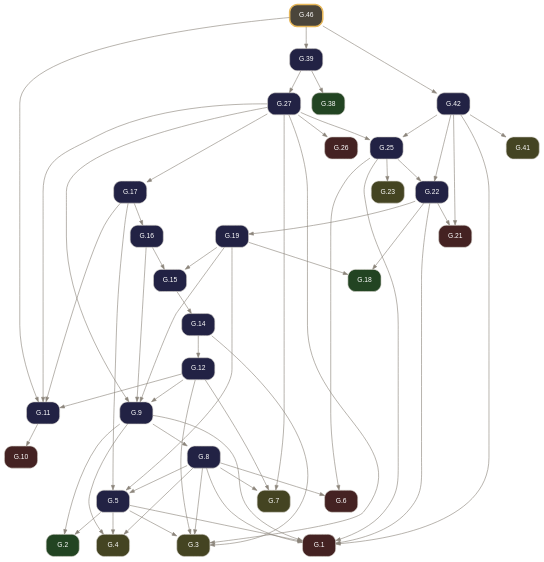
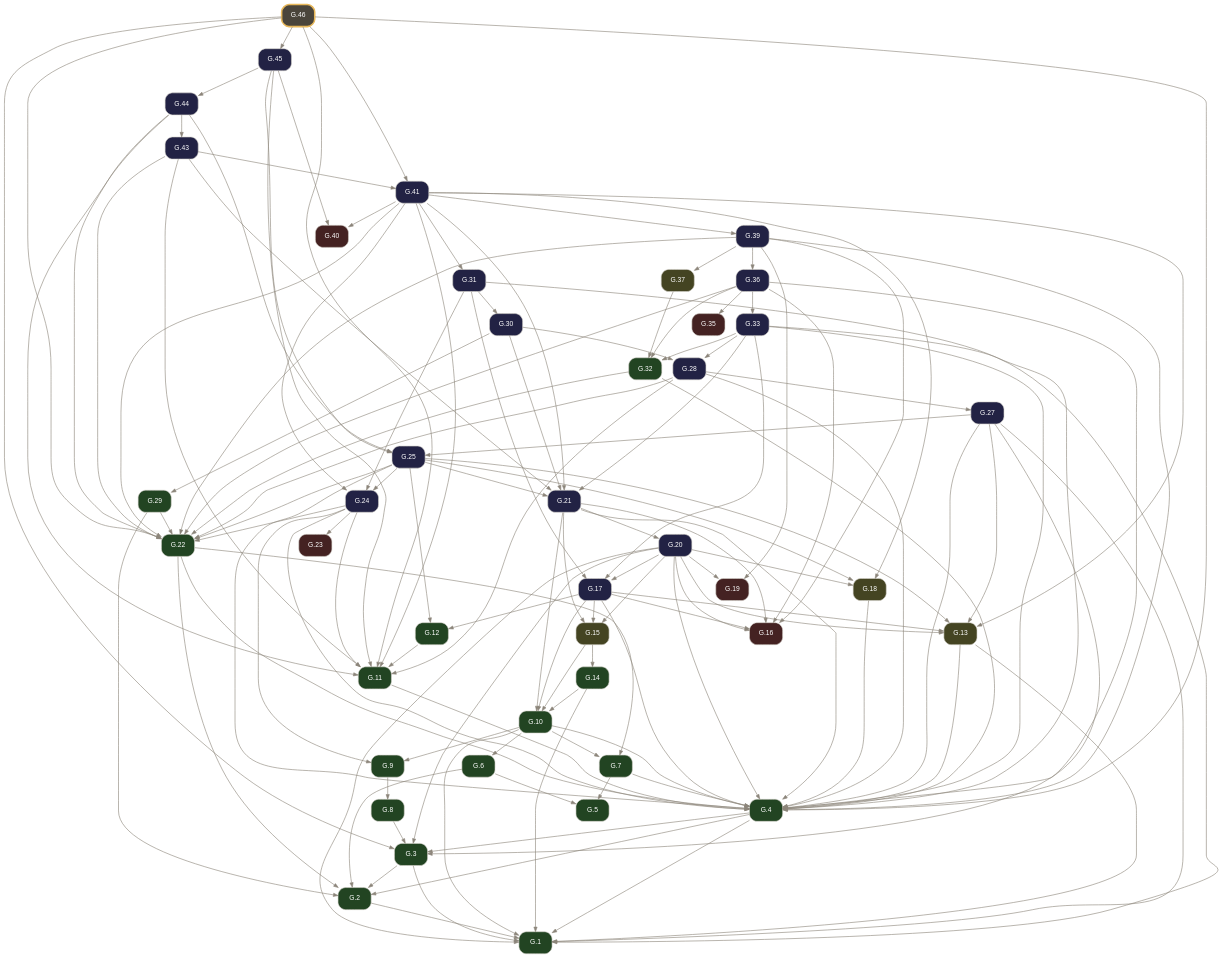
Before and after one commit to geometor/elements: the diagram in docsrc/elements2/G.46/index.rst, drawn with Graphviz. The commit also changed other lines of this file and 2974 other files, not shown here.

Commit message:
feat(elements2): wire defined terms, short verb titles, coincidence operator, and 2-point circle notation (v0.4.0)

```diff
--- a/docsrc/elements2/G.46/index.rst
+++ b/docsrc/elements2/G.46/index.rst
@@ -91,89 +115,173 @@
      node [shape=box, style="rounded,filled", fontname="Helvetica", fontsize=11, color="#d6d3cd", fontcolor="#ffffff"];
      edge [color="#8c857b", fontcolor="#8c857b", arrowsize=0.75];
      rankdir="TB";
-     "G.1" [label="G.1", tooltip="G.1 (I.cn.1): Things equal to the same thing are equal to one another.", fillcolor="#442222", URL="../G.1/index.html", target="_top"];
-     "G.2" [label="G.2", tooltip="G.2 (I.def.15): A circle is a plane figure contained by one line such that all segments falling upon it from its center are equal.", fillcolor="#224422", URL="../G.2/index.html", target="_top"];
-     "G.3" [label="G.3", tooltip="G.3 (I.post.1): Construct a segment between any two points.", fillcolor="#444422", URL="../G.3/index.html", target="_top"];
-     "G.4" [label="G.4", tooltip="G.4 (I.post.3): Construct a circle with any center and radius.", fillcolor="#444422", URL="../G.4/index.html", target="_top"];
-     "G.5" [label="G.5", tooltip="G.5 (I.1): Construct an equilateral triangle on a given finite segment.", fillcolor="#222244", URL="../G.5/index.html", target="_top"];
-     "G.6" [label="G.6", tooltip="G.6 (I.cn.3): If equals are subtracted from equals, the remainders are equal.", fillcolor="#442222", URL="../G.6/index.html", target="_top"];
-     "G.7" [label="G.7", tooltip="G.7 (I.post.2): Extend a finite segment continuously in a straight line.", fillcolor="#444422", URL="../G.7/index.html", target="_top"];
-     "G.8" [label="G.8", tooltip="G.8 (I.2): Construct at a given point a segment equal to a given segment.", fillcolor="#222244", URL="../G.8/index.html", target="_top"];
-     "G.9" [label="G.9", tooltip="G.9 (I.3): Cut off from the greater of two unequal segments a segment equal to the less.", fillcolor="#222244", URL="../G.9/index.html", target="_top"];
-     "G.10" [label="G.10", tooltip="G.10 (I.cn.4): Things that coincide with one another are equal.", fillcolor="#442222", URL="../G.10/index.html", target="_top"];
-     "G.11" [label="G.11", tooltip="G.11 (I.4): Triangles with two sides and the included angle equal are congruent (SAS).", fillcolor="#222244", URL="../G.11/index.html", target="_top"];
-     "G.12" [label="G.12", tooltip="G.12 (I.5): In an isosceles triangle, the angles at the base are equal, and if the equal sides are extended, the angles under the base are equal.", fillcolor="#222244", URL="../G.12/index.html", target="_top"];
-     "G.14" [label="G.14", tooltip="G.14 (I.7): On the same segment and on the same side, there cannot be constructed two distinct triangles with both pairs of conterminous sides equal.", fillcolor="#222244", URL="../G.14/index.html", target="_top"];
-     "G.15" [label="G.15", tooltip="G.15 (I.8): Triangles with all three corresponding sides equal have their corresponding angles equal (SSS).", fillcolor="#222244", URL="../G.15/index.html", target="_top"];
-     "G.16" [label="G.16", tooltip="G.16 (I.9): Bisect a given angle.", fillcolor="#222244", URL="../G.16/index.html", target="_top"];
-     "G.17" [label="G.17", tooltip="G.17 (I.10): Bisect a given finite segment.", fillcolor="#222244", URL="../G.17/index.html", target="_top"];
-     "G.18" [label="G.18", tooltip="G.18 (I.def.10): When a straight line standing on a straight line makes the adjacent angles equal, each of the equal angles is a right angle, and the standing line is perpendicular to that on which...", fillcolor="#224422", URL="../G.18/index.html", target="_top"];
-     "G.19" [label="G.19", tooltip="G.19 (I.11): Construct a line at right angles to a given line from a given point on it.", fillcolor="#222244", URL="../G.19/index.html", target="_top"];
-     "G.21" [label="G.21", tooltip="G.21 (I.cn.2): If equals are added to equals, the wholes are equal.", fillcolor="#442222", URL="../G.21/index.html", target="_top"];
-     "G.22" [label="G.22", tooltip="G.22 (I.13): A ray standing on a line makes either two right angles or adjacent angles summing to two right angles.", fillcolor="#222244", URL="../G.22/index.html", target="_top"];
-     "G.23" [label="G.23", tooltip="G.23 (I.post.4): All right angles are equal.", fillcolor="#444422", URL="../G.23/index.html", target="_top"];
-     "G.25" [label="G.25", tooltip="G.25 (I.15): Intersecting lines make their vertical angles equal.", fillcolor="#222244", URL="../G.25/index.html", target="_top"];
-     "G.26" [label="G.26", tooltip="G.26 (I.cn.5): The whole is greater than the part.", fillcolor="#442222", URL="../G.26/index.html", target="_top"];
-     "G.27" [label="G.27", tooltip="G.27 (I.16): In any triangle, if one side is extended, the exterior angle is greater than either opposite interior angle.", fillcolor="#222244", URL="../G.27/index.html", target="_top"];
-     "G.38" [label="G.38", tooltip="G.38 (I.def.23): Parallel lines are straight lines in the same plane which, produced indefinitely in both directions, do not meet.", fillcolor="#224422", URL="../G.38/index.html", target="_top"];
-     "G.39" [label="G.39", tooltip="G.39 (I.27): If a transversal cutting two lines makes the alternate interior angles equal, the lines are parallel.", fillcolor="#222244", URL="../G.39/index.html", target="_top"];
-     "G.41" [label="G.41", tooltip="G.41 (I.post.5): Two lines intersected by a transversal with interior angles on one side summing to less than two right angles meet on that side.", fillcolor="#444422", URL="../G.41/index.html", target="_top"];
-     "G.42" [label="G.42", tooltip="G.42 (I.29): A transversal cutting parallel lines makes alternate interior angles equal, exterior and opposite interior angles equal, and same-side interior angles supplementary.", fillcolor="#222244", URL="../G.42/index.html", target="_top"];
-     "G.46" [label="G.46", tooltip="G.46 (I.33): Segments joining the endpoints of equal and parallel segments in the same directions are themselves equal and parallel.", penwidth=2.5, color="#e8b85a", fillcolor="#4a453b", URL="index.html", target="_top"];
-     "G.5" -> "G.1";
-     "G.8" -> "G.1";
-     "G.9" -> "G.1";
-     "G.22" -> "G.1";
-     "G.25" -> "G.1";
-     "G.42" -> "G.1";
-     "G.5" -> "G.2";
-     "G.9" -> "G.2";
-     "G.5" -> "G.3";
+     "G.1" [label="G.1", tooltip="G.1 (I.def.1): A point A is that which has no part.", fillcolor="#224422", URL="../G.1/index.html", target="_top"];
+     "G.2" [label="G.2", tooltip="G.2 (I.def.2): A line [ A B ] is a projection of a relationship of two points A, B.", fillcolor="#224422", URL="../G.2/index.html", target="_top"];
+     "G.3" [label="G.3", tooltip="G.3 (I.def.3): The extremities of a segment / A B / are points A, B.", fillcolor="#224422", URL="../G.3/index.html", target="_top"];
+     "G.4" [label="G.4", tooltip="G.4 (I.def.4): A segment / A B / is a portion of a line [ A B ] between two points A, B on the line.", fillcolor="#224422", URL="../G.4/index.html", target="_top"];
+     "G.5" [label="G.5", tooltip="G.5 (I.def.5): A surface is that which has length and breadth only.", fillcolor="#224422", URL="../G.5/index.html", target="_top"];
+     "G.6" [label="G.6", tooltip="G.6 (I.def.6): The extremities of a surface are lines or arcs.", fillcolor="#224422", URL="../G.6/index.html", target="_top"];
+     "G.7" [label="G.7", tooltip="G.7 (I.def.7): A plane surface lies evenly with the lines on itself.", fillcolor="#224422", URL="../G.7/index.html", target="_top"];
+     "G.8" [label="G.8", tooltip="G.8 (I.def.13): A boundary is the extremity of anything.", fillcolor="#224422", URL="../G.8/index.html", target="_top"];
+     "G.9" [label="G.9", tooltip="G.9 (I.def.14): A figure is that which is contained by any boundary or boundaries.", fillcolor="#224422", URL="../G.9/index.html", target="_top"];
+     "G.10" [label="G.10", tooltip="G.10 (I.def.15): A circle ( A B ) is a plane figure contained by one arc defined by a center A and a point B establishing its defining radius / A B /, such that all segments / A B /, / A C /, / A D...", fillcolor="#224422", URL="../G.10/index.html", target="_top"];
+     "G.11" [label="G.11", tooltip="G.11 (I.def.19): Rectilineal figures are contained by segments: trilateral by three, quadrilateral by four, and multilateral by more than four.", fillcolor="#224422", URL="../G.11/index.html", target="_top"];
+     "G.12" [label="G.12", tooltip="G.12 (I.def.20): Of trilateral figures, an equilateral triangle < A B C > has three equal sides, an isosceles triangle < D E F > has two equal sides, and a scalene triangle < G H K > has three uneq...", fillcolor="#224422", URL="../G.12/index.html", target="_top"];
+     "G.13" [label="G.13", tooltip="G.13 (I.post.1): Construct a segment / A B / between any two points A, B.", fillcolor="#444422", URL="../G.13/index.html", target="_top"];
+     "G.14" [label="G.14", tooltip="G.14 (I.def.16): The point A within the circle ( A B ) from which all segments / A B /, / A C / to the arc are equal is called the center of the circle.", fillcolor="#224422", URL="../G.14/index.html", target="_top"];
+     "G.15" [label="G.15", tooltip="G.15 (I.post.3): Construct a circle ( A B ) with center A and defining radius point B.", fillcolor="#444422", URL="../G.15/index.html", target="_top"];
+     "G.16" [label="G.16", tooltip="G.16 (I.cn.1): Things equal to the same thing are equal to one another.", fillcolor="#442222", URL="../G.16/index.html", target="_top"];
+     "G.17" [label="G.17", tooltip="G.17 (I.1): Construct an equilateral triangle on a given segment.", fillcolor="#222244", URL="../G.17/index.html", target="_top"];
+     "G.18" [label="G.18", tooltip="G.18 (I.post.2): Extend a segment / A B / continuously along a line [ A B ] to / B C /.", fillcolor="#444422", URL="../G.18/index.html", target="_top"];
+     "G.19" [label="G.19", tooltip="G.19 (I.cn.3): If equals are subtracted from equals, the remainders are equal.", fillcolor="#442222", URL="../G.19/index.html", target="_top"];
+     "G.20" [label="G.20", tooltip="G.20 (I.2): Construct at a given point a segment equal to a given segment.", fillcolor="#222244", URL="../G.20/index.html", target="_top"];
+     "G.21" [label="G.21", tooltip="G.21 (I.3): Cut off from the greater of two unequal segments a segment equal to the less.", fillcolor="#222244", URL="../G.21/index.html", target="_top"];
+     "G.22" [label="G.22", tooltip="G.22 (I.def.8): A plane angle is the inclination to one another of two lines or arcs in a plane that meet and do not lie on the same line.", fillcolor="#224422", URL="../G.22/index.html", target="_top"];
+     "G.23" [label="G.23", tooltip="G.23 (I.cn.4): Things / A B /, / D E / that coincide with one another are equal to one another.", fillcolor="#442222", URL="../G.23/index.html", target="_top"];
+     "G.24" [label="G.24", tooltip="G.24 (I.4): Triangles with two sides and the included angle equal are congruent (SAS).", fillcolor="#222244", URL="../G.24/index.html", target="_top"];
+     "G.25" [label="G.25", tooltip="G.25 (I.5): In an isosceles triangle, the angles at the base are equal, and if the equal sides are extended, the angles under the base are equal.", fillcolor="#222244", URL="../G.25/index.html", target="_top"];
+     "G.27" [label="G.27", tooltip="G.27 (I.7): On the same segment and on the same side, there cannot be constructed two distinct triangles with both pairs of conterminous sides equal.", fillcolor="#222244", URL="../G.27/index.html", target="_top"];
+     "G.28" [label="G.28", tooltip="G.28 (I.8): Triangles with all three corresponding sides equal have their corresponding angles equal (SSS).", fillcolor="#222244", URL="../G.28/index.html", target="_top"];
+     "G.29" [label="G.29", tooltip="G.29 (I.def.9): A rectilineal angle is contained by two segments or lines.", fillcolor="#224422", URL="../G.29/index.html", target="_top"];
+     "G.30" [label="G.30", tooltip="G.30 (I.9): Bisect a given angle.", fillcolor="#222244", URL="../G.30/index.html", target="_top"];
+     "G.31" [label="G.31", tooltip="G.31 (I.10): Bisect a given segment.", fillcolor="#222244", URL="../G.31/index.html", target="_top"];
+     "G.32" [label="G.32", tooltip="G.32 (I.def.10): When a segment standing on a line makes the adjacent angles equal, each of the equal angles is a right angle, and the standing segment is perpendicular to the line.", fillcolor="#224422", URL="../G.32/index.html", target="_top"];
+     "G.33" [label="G.33", tooltip="G.33 (I.11): Construct a segment at right angles to a given line from a given point on it.", fillcolor="#222244", URL="../G.33/index.html", target="_top"];
+     "G.35" [label="G.35", tooltip="G.35 (I.cn.2): If equals are added to equals, the wholes are equal.", fillcolor="#442222", URL="../G.35/index.html", target="_top"];
+     "G.36" [label="G.36", tooltip="G.36 (I.13): A segment standing on a line makes either two right angles or adjacent angles summing to two right angles.", fillcolor="#222244", URL="../G.36/index.html", target="_top"];
+     "G.37" [label="G.37", tooltip="G.37 (I.post.4): All right angles are equal.", fillcolor="#444422", URL="../G.37/index.html", target="_top"];
+     "G.39" [label="G.39", tooltip="G.39 (I.15): Intersecting lines make their vertical angles equal.", fillcolor="#222244", URL="../G.39/index.html", target="_top"];
+     "G.40" [label="G.40", tooltip="G.40 (I.cn.5): The whole is greater than the part.", fillcolor="#442222", URL="../G.40/index.html", target="_top"];
+     "G.41" [label="G.41", tooltip="G.41 (I.16): In any triangle, if one side is extended, the exterior angle is greater than either opposite interior angle.", fillcolor="#222244", URL="../G.41/index.html", target="_top"];
+     "G.43" [label="G.43", tooltip="G.43 (I.18): In any triangle, the greater side subtends the greater angle.", fillcolor="#222244", URL="../G.43/index.html", target="_top"];
+     "G.44" [label="G.44", tooltip="G.44 (I.19): In any triangle, the greater angle is subtended by the greater side.", fillcolor="#222244", URL="../G.44/index.html", target="_top"];
+     "G.45" [label="G.45", tooltip="G.45 (I.20): In any triangle, the sum of any two sides is greater than the remaining side.", fillcolor="#222244", URL="../G.45/index.html", target="_top"];
+     "G.46" [label="G.46", tooltip="G.46 (I.21): Segments constructed from the endpoints of one side of a triangle to an interior point have a lesser sum but contain a greater angle than the other two sides.", penwidth=2.5, color="#e8b85a", fillcolor="#4a453b", URL="index.html", target="_top"];
+     "G.2" -> "G.1";
+     "G.3" -> "G.1";
+     "G.4" -> "G.1";
+     "G.10" -> "G.1";
+     "G.13" -> "G.1";
+     "G.14" -> "G.1";
+     "G.20" -> "G.1";
+     "G.27" -> "G.1";
+     "G.33" -> "G.1";
+     "G.3" -> "G.2";
+     "G.4" -> "G.2";
+     "G.6" -> "G.2";
+     "G.22" -> "G.2";
+     "G.29" -> "G.2";
+     "G.4" -> "G.3";
      "G.8" -> "G.3";
-     "G.12" -> "G.3";
-     "G.14" -> "G.3";
+     "G.20" -> "G.3";
      "G.27" -> "G.3";
-     "G.5" -> "G.4";
-     "G.8" -> "G.4";
-     "G.9" -> "G.4";
-     "G.8" -> "G.5";
-     "G.17" -> "G.5";
-     "G.19" -> "G.5";
-     "G.8" -> "G.6";
-     "G.25" -> "G.6";
-     "G.8" -> "G.7";
-     "G.12" -> "G.7";
-     "G.27" -> "G.7";
+     "G.46" -> "G.3";
+     "G.7" -> "G.4";
+     "G.10" -> "G.4";
+     "G.11" -> "G.4";
+     "G.13" -> "G.4";
+     "G.17" -> "G.4";
+     "G.18" -> "G.4";
+     "G.20" -> "G.4";
+     "G.21" -> "G.4";
+     "G.22" -> "G.4";
+     "G.24" -> "G.4";
+     "G.25" -> "G.4";
+     "G.27" -> "G.4";
+     "G.28" -> "G.4";
+     "G.31" -> "G.4";
+     "G.32" -> "G.4";
+     "G.33" -> "G.4";
+     "G.36" -> "G.4";
+     "G.39" -> "G.4";
+     "G.46" -> "G.4";
+     "G.6" -> "G.5";
+     "G.7" -> "G.5";
+     "G.10" -> "G.6";
+     "G.10" -> "G.7";
+     "G.22" -> "G.7";
      "G.9" -> "G.8";
-     "G.12" -> "G.9";
-     "G.16" -> "G.9";
-     "G.19" -> "G.9";
-     "G.27" -> "G.9";
-     "G.11" -> "G.10";
+     "G.10" -> "G.9";
+     "G.24" -> "G.9";
+     "G.14" -> "G.10";
+     "G.15" -> "G.10";
+     "G.17" -> "G.10";
+     "G.21" -> "G.10";
      "G.12" -> "G.11";
-     "G.17" -> "G.11";
-     "G.27" -> "G.11";
+     "G.24" -> "G.11";
+     "G.28" -> "G.11";
+     "G.41" -> "G.11";
+     "G.43" -> "G.11";
+     "G.44" -> "G.11";
+     "G.45" -> "G.11";
      "G.46" -> "G.11";
-     "G.14" -> "G.12";
+     "G.17" -> "G.12";
+     "G.25" -> "G.12";
+     "G.17" -> "G.13";
+     "G.20" -> "G.13";
+     "G.25" -> "G.13";
+     "G.27" -> "G.13";
+     "G.41" -> "G.13";
      "G.15" -> "G.14";
-     "G.16" -> "G.15";
-     "G.19" -> "G.15";
+     "G.17" -> "G.15";
+     "G.20" -> "G.15";
+     "G.21" -> "G.15";
      "G.17" -> "G.16";
-     "G.27" -> "G.17";
-     "G.19" -> "G.18";
-     "G.22" -> "G.18";
-     "G.22" -> "G.19";
-     "G.22" -> "G.21";
-     "G.42" -> "G.21";
+     "G.20" -> "G.16";
+     "G.21" -> "G.16";
+     "G.36" -> "G.16";
+     "G.39" -> "G.16";
+     "G.20" -> "G.17";
+     "G.31" -> "G.17";
+     "G.33" -> "G.17";
+     "G.20" -> "G.18";
+     "G.25" -> "G.18";
+     "G.41" -> "G.18";
+     "G.20" -> "G.19";
+     "G.39" -> "G.19";
+     "G.21" -> "G.20";
+     "G.25" -> "G.21";
+     "G.30" -> "G.21";
+     "G.33" -> "G.21";
+     "G.41" -> "G.21";
+     "G.43" -> "G.21";
+     "G.24" -> "G.22";
      "G.25" -> "G.22";
-     "G.42" -> "G.22";
-     "G.25" -> "G.23";
+     "G.28" -> "G.22";
+     "G.29" -> "G.22";
+     "G.32" -> "G.22";
+     "G.36" -> "G.22";
+     "G.39" -> "G.22";
+     "G.41" -> "G.22";
+     "G.43" -> "G.22";
+     "G.44" -> "G.22";
+     "G.46" -> "G.22";
+     "G.24" -> "G.23";
+     "G.25" -> "G.24";
+     "G.31" -> "G.24";
+     "G.41" -> "G.24";
      "G.27" -> "G.25";
-     "G.42" -> "G.25";
-     "G.27" -> "G.26";
-     "G.39" -> "G.27";
-     "G.39" -> "G.38";
-     "G.46" -> "G.39";
-     "G.42" -> "G.41";
-     "G.46" -> "G.42";
+     "G.44" -> "G.25";
+     "G.45" -> "G.25";
+     "G.28" -> "G.27";
+     "G.30" -> "G.28";
+     "G.33" -> "G.28";
+     "G.30" -> "G.29";
+     "G.31" -> "G.30";
+     "G.41" -> "G.31";
+     "G.33" -> "G.32";
+     "G.36" -> "G.32";
+     "G.37" -> "G.32";
+     "G.36" -> "G.33";
+     "G.36" -> "G.35";
+     "G.39" -> "G.36";
+     "G.39" -> "G.37";
+     "G.41" -> "G.39";
+     "G.41" -> "G.40";
+     "G.45" -> "G.40";
+     "G.43" -> "G.41";
+     "G.46" -> "G.41";
+     "G.44" -> "G.43";
+     "G.45" -> "G.44";
+     "G.46" -> "G.45";
    }
```
